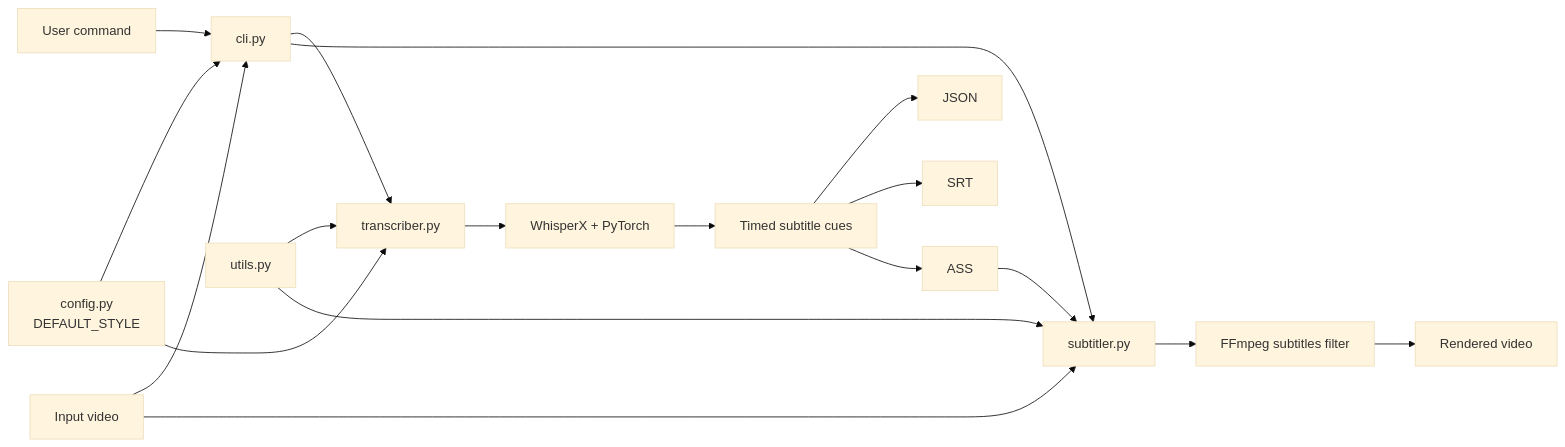
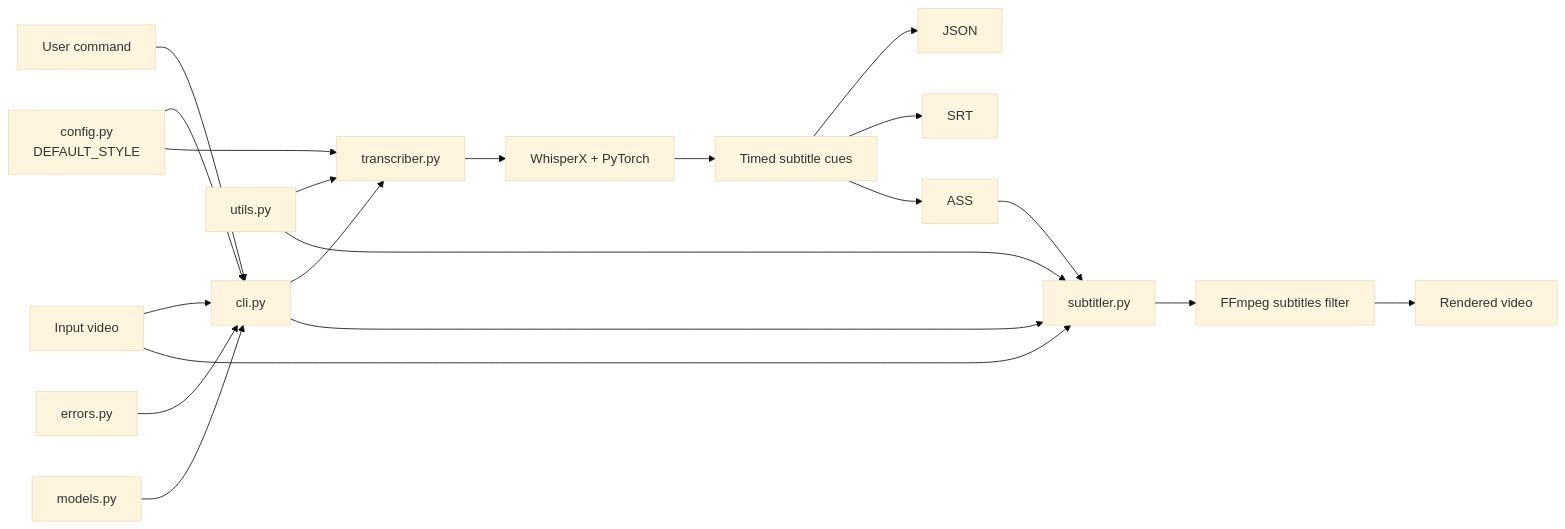
One commit to denilson-santos/multisubs changed the diagram in docs/architecture.md. Above: the diagram before and after it, drawn with Mermaid (base theme). The commit also changed other lines of this file and 4 other files, not shown here.

```diff
--- a/docs/architecture.md
+++ b/docs/architecture.md
@@ -10,20 +10,22 @@
 ~~~mermaid
 flowchart LR
     user[User command] --> cli[cli.py]
     input[Input video] --> cli
     config[config.py<br/>DEFAULT_STYLE] --> cli
     cli --> transcriber[transcriber.py]
     transcriber --> whisper[WhisperX + PyTorch]
     whisper --> cues[Timed subtitle cues]
     cues --> json[JSON]
     cues --> srt[SRT]
     cues --> ass[ASS]
     config --> transcriber
     cli --> subtitler[subtitler.py]
     input --> subtitler
     ass --> subtitler
     subtitler --> ffmpeg[FFmpeg subtitles filter]
     ffmpeg --> video[Rendered video]
     utils[utils.py] --> transcriber
     utils --> subtitler
+    errors[errors.py] --> cli
+    models[models.py] --> cli
 ~~~
```
